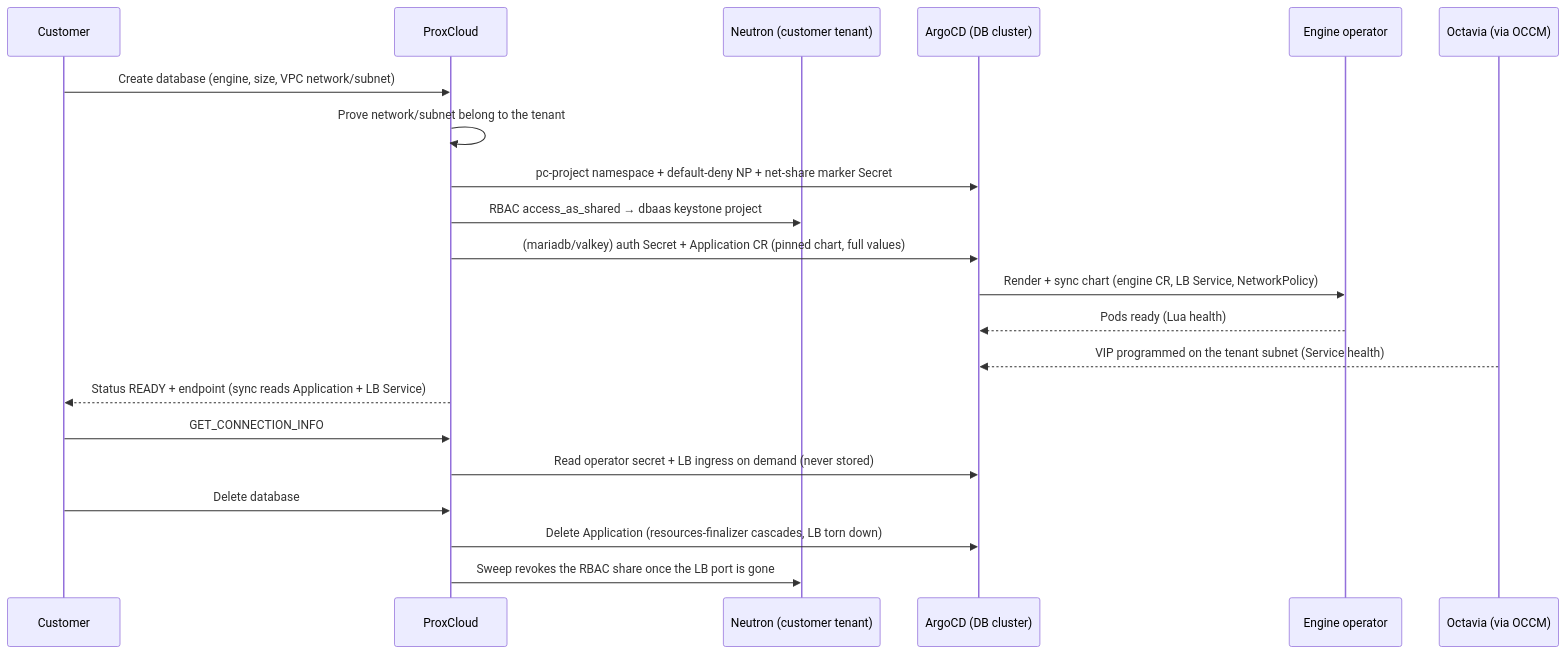
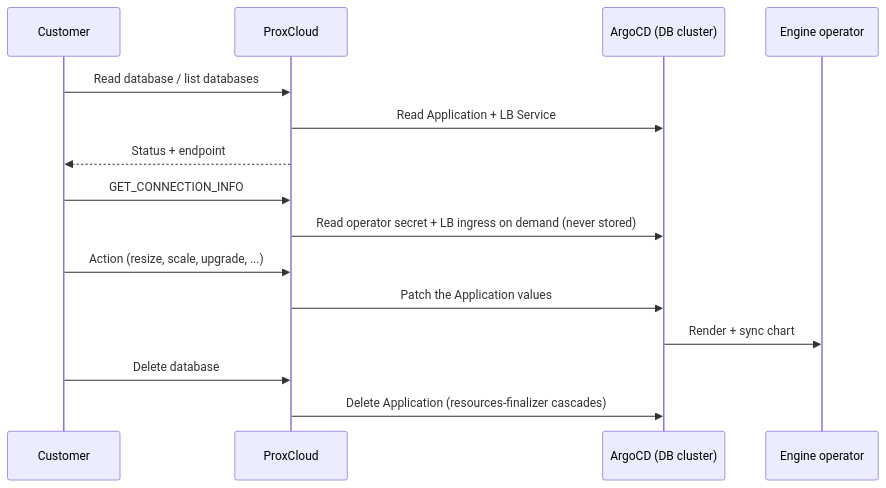
Before and after one commit to mutex-solutions/proxcloud: the second of 2 diagrams in docs/managed-dbaas.md, drawn with Mermaid. The commit also changed other lines of this file and 44 other files, not shown here.

````diff
--- a/docs/managed-dbaas.md
+++ b/docs/managed-dbaas.md
@@ -97,23 +89,17 @@
 ```mermaid
 sequenceDiagram
     participant C as Customer
     participant S as ProxCloud
-    participant N as Neutron (customer tenant)
     participant A as ArgoCD (DB cluster)
     participant OP as Engine operator
-    participant O as Octavia (via OCCM)
-    C->>S: Create database (engine, size, VPC network/subnet)
-    S->>S: Prove network/subnet belong to the tenant
-    S->>A: pc-project namespace + default-deny NP + net-share marker Secret
-    S->>N: RBAC access_as_shared → dbaas keystone project
-    S->>A: (mariadb/valkey) auth Secret + Application CR (pinned chart, full values)
-    A->>OP: Render + sync chart (engine CR, LB Service, NetworkPolicy)
-    OP-->>A: Pods ready (Lua health)
-    O-->>A: VIP programmed on the tenant subnet (Service health)
-    S-->>C: Status READY + endpoint (sync reads Application + LB Service)
+    C->>S: Read database / list databases
+    S->>A: Read Application + LB Service
+    S-->>C: Status + endpoint
     C->>S: GET_CONNECTION_INFO
     S->>A: Read operator secret + LB ingress on demand (never stored)
+    C->>S: Action (resize, scale, upgrade, ...)
+    S->>A: Patch the Application values
+    A->>OP: Render + sync chart
     C->>S: Delete database
-    S->>A: Delete Application (resources-finalizer cascades, LB torn down)
-    S->>N: Sweep revokes the RBAC share once the LB port is gone
+    S->>A: Delete Application (resources-finalizer cascades)
 ```
````
